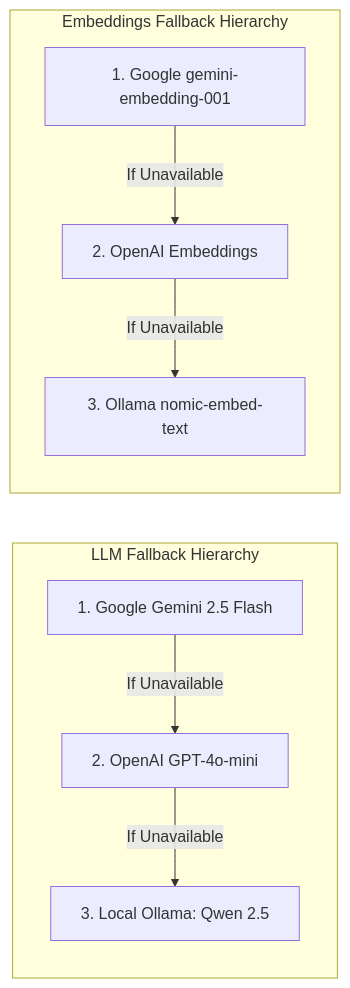
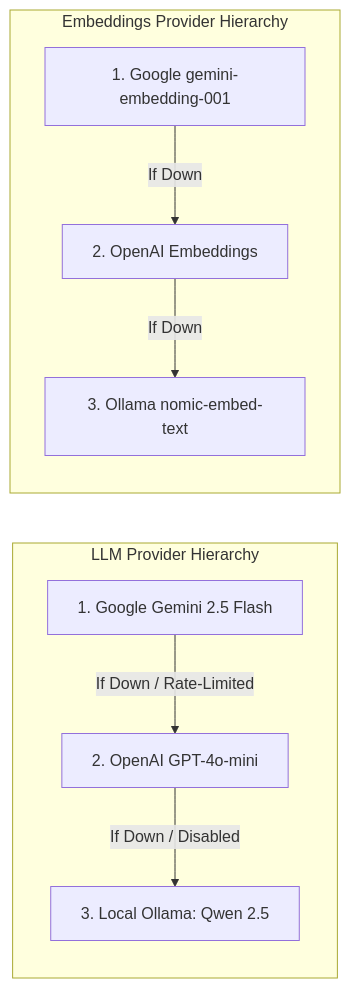
One commit to MAbdullah005/NexusAI-Agentic-RAG-Assistant changed the third of 4 diagrams in README.md. Above: the diagram before and after it, drawn with Mermaid. The commit also changed other lines of this file and 89 other files, not shown here.

````diff
--- a/README.md
+++ b/README.md
@@ -181,12 +259,12 @@
 ```mermaid
 flowchart LR
-    subgraph LLMChain[LLM Fallback Hierarchy]
-        Gemini[1. Google Gemini 2.5 Flash] -->|If Unavailable| OpenAI[2. OpenAI GPT-4o-mini]
-        OpenAI -->|If Unavailable| Ollama[3. Local Ollama: Qwen 2.5]
+    subgraph LLMFallback[LLM Provider Hierarchy]
+        Gemini[1. Google Gemini 2.5 Flash] -->|If Down / Rate-Limited| OpenAI[2. OpenAI GPT-4o-mini]
+        OpenAI -->|If Down / Disabled| Ollama[3. Local Ollama: Qwen 2.5]
     end
 
-    subgraph EmbeddingChain[Embeddings Fallback Hierarchy]
-        GEmbed[1. Google gemini-embedding-001] -->|If Unavailable| OEmbed[2. OpenAI Embeddings]
-        OEmbed -->|If Unavailable| Nomic[3. Ollama nomic-embed-text]
+    subgraph EmbedFallback[Embeddings Provider Hierarchy]
+        GEmbed[1. Google gemini-embedding-001] -->|If Down| OEmbed[2. OpenAI Embeddings]
+        OEmbed -->|If Down| Nomic[3. Ollama nomic-embed-text]
     end
 ```
````
